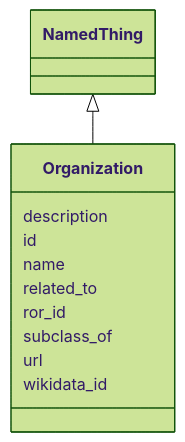
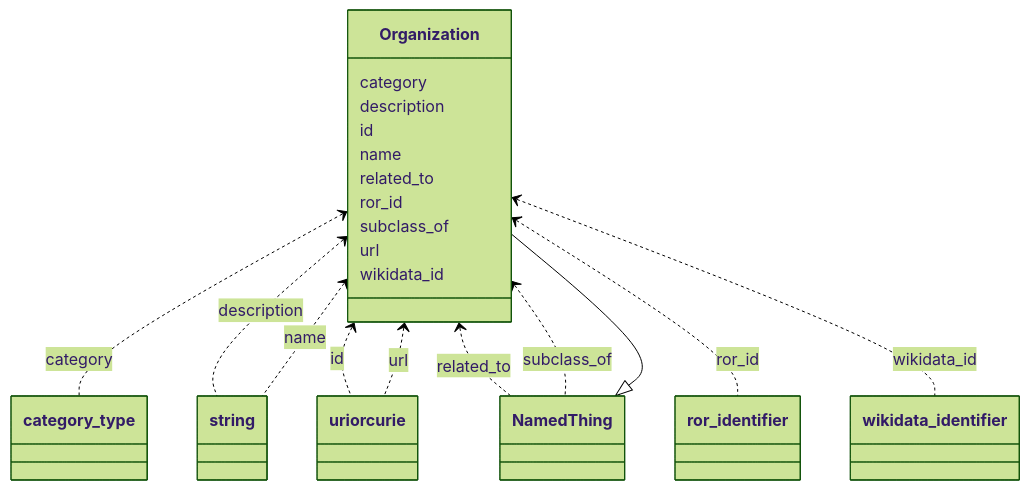
The diagram in docs/Organization.md (bridge2ai/standards-schemas), drawn with Mermaid (forest theme) before and after one commit. The commit also changed other lines of this file and 116 other files, not shown here.

````diff
--- a/docs/Organization.md
+++ b/docs/Organization.md
@@ -11,15 +11,25 @@
 ```mermaid
  classDiagram
     class Organization
       NamedThing <|-- Organization
       
+      Organization : category
+        Organization <.. category_type : category
       Organization : description
+        Organization <.. string : description
       Organization : id
+        Organization <.. uriorcurie : id
       Organization : name
+        Organization <.. string : name
       Organization : related_to
+        Organization <.. NamedThing : related_to
       Organization : ror_id
+        Organization <.. ror_identifier : ror_id
       Organization : subclass_of
+        Organization <.. NamedThing : subclass_of
       Organization : url
+        Organization <.. uriorcurie : url
       Organization : wikidata_id
+        Organization <.. wikidata_identifier : wikidata_id
       
 ```
````
